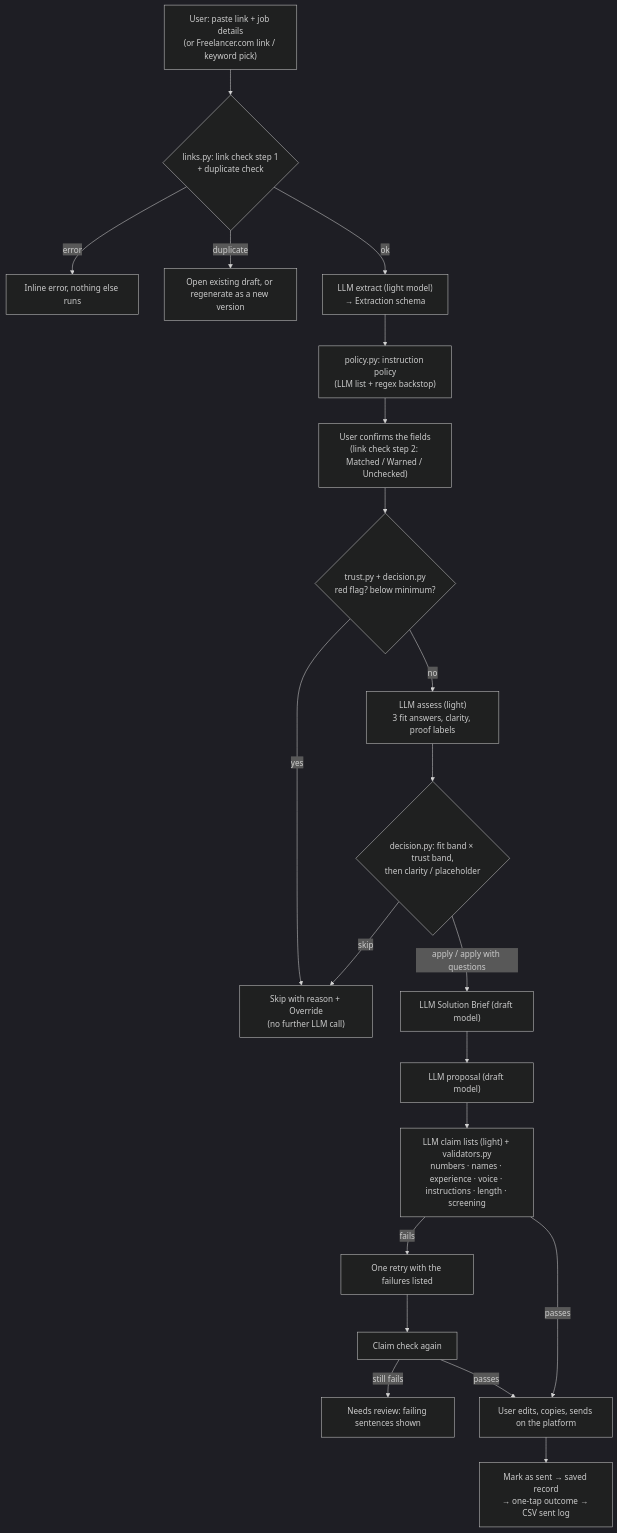
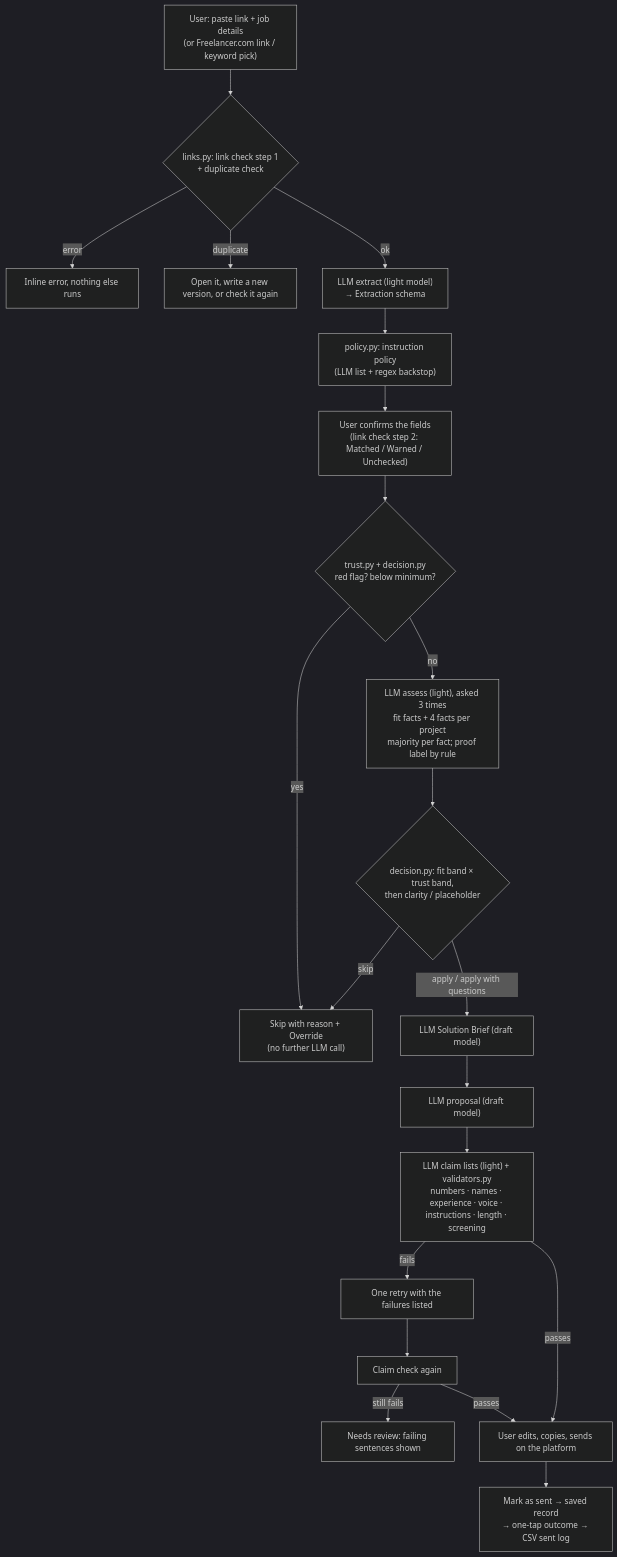
The diagram in docs/architecture.md (Anam-Sale-em/Proposals_Quest), drawn with Mermaid (dark theme) before and after one commit. The commit also changed other lines of this file and 297 other files, not shown here.

````diff
--- a/docs/architecture.md
+++ b/docs/architecture.md
@@ -7,23 +7,23 @@
 ```mermaid
 flowchart TD
     A["User: paste link + job details<br/>(or Freelancer.com link / keyword pick)"] --> B{"links.py: link check step 1<br/>+ duplicate check"}
     B -- "error" --> X1["Inline error, nothing else runs"]
-    B -- "duplicate" --> X2["Open existing draft, or regenerate as a new version"]
+    B -- "duplicate" --> X2["Open it, write a new version, or check it again"]
     B -- "ok" --> C["LLM extract (light model)<br/>→ Extraction schema"]
     C --> P["policy.py: instruction policy<br/>(LLM list + regex backstop)"]
     P --> D["User confirms the fields<br/>(link check step 2: Matched / Warned / Unchecked)"]
     D --> E{"trust.py + decision.py<br/>red flag? below minimum?"}
     E -- "yes" --> X3["Skip with reason + Override<br/>(no further LLM call)"]
-    E -- "no" --> F["LLM assess (light)<br/>3 fit answers, clarity, proof labels"]
+    E -- "no" --> F["LLM assess (light), asked 3 times<br/>fit facts + 4 facts per project<br/>majority per fact; proof label by rule"]
     F --> G{"decision.py: fit band × trust band,<br/>then clarity / placeholder"}
     G -- "skip" --> X3
     G -- "apply / apply with questions" --> H["LLM Solution Brief (draft model)"]
     H --> I["LLM proposal (draft model)"]
     I --> J["LLM claim lists (light) + validators.py<br/>numbers · names · experience · voice · instructions · length · screening"]
     J -- "fails" --> K["One retry with the failures listed"]
     K --> J2["Claim check again"]
     J2 -- "still fails" --> X4["Needs review: failing sentences shown"]
     J -- "passes" --> L["User edits, copies, sends on the platform"]
     J2 -- "passes" --> L
     L --> M["Mark as sent → saved record<br/>→ one-tap outcome → CSV sent log"]
 ```
````
